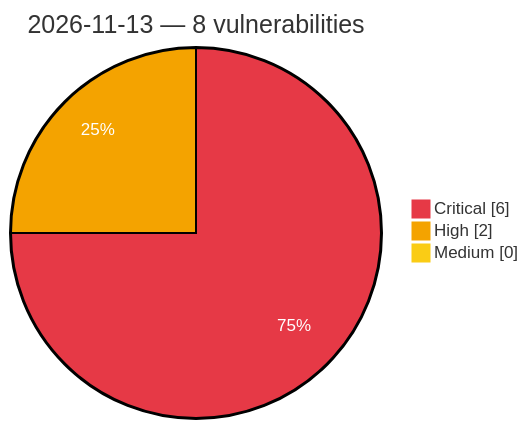
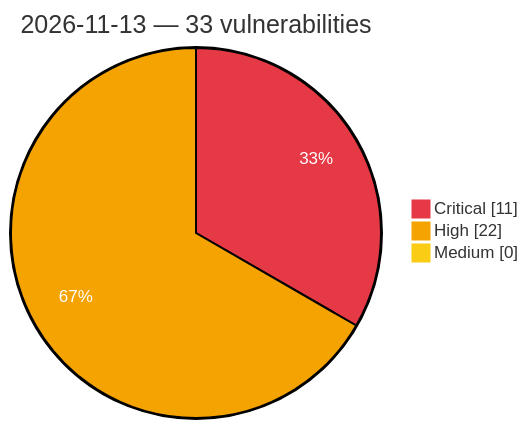
One commit to GhostX0X/vuln-tracker changed the diagram in vulnerabilities/2026/November/2026-11-13.md. Above: the diagram before and after it, drawn with Mermaid. The commit also changed other lines of this file and 5 other files, not shown here.

Commit message:
Auto update: critical/high vulns (2026-11-13 10:30 UTC)

````diff
--- a/vulnerabilities/2026/November/2026-11-13.md
+++ b/vulnerabilities/2026/November/2026-11-13.md
@@ -3,8 +3,8 @@
 ```mermaid
 %%{init: {'theme':'base', 'themeVariables': {'pie1':'#e63946', 'pie2':'#f4a300', 'pie3':'#facc15', 'pieOpacity':'1', 'pieOuterStrokeWidth':'2px', 'pieSectionTextColor':'#ffffff'}}}%%
 pie showData
-    title 2026-11-13 — 8 vulnerabilities
-    "Critical" : 6
-    "High" : 2
+    title 2026-11-13 — 33 vulnerabilities
+    "Critical" : 11
+    "High" : 22
     "Medium" : 0
 ```
````
